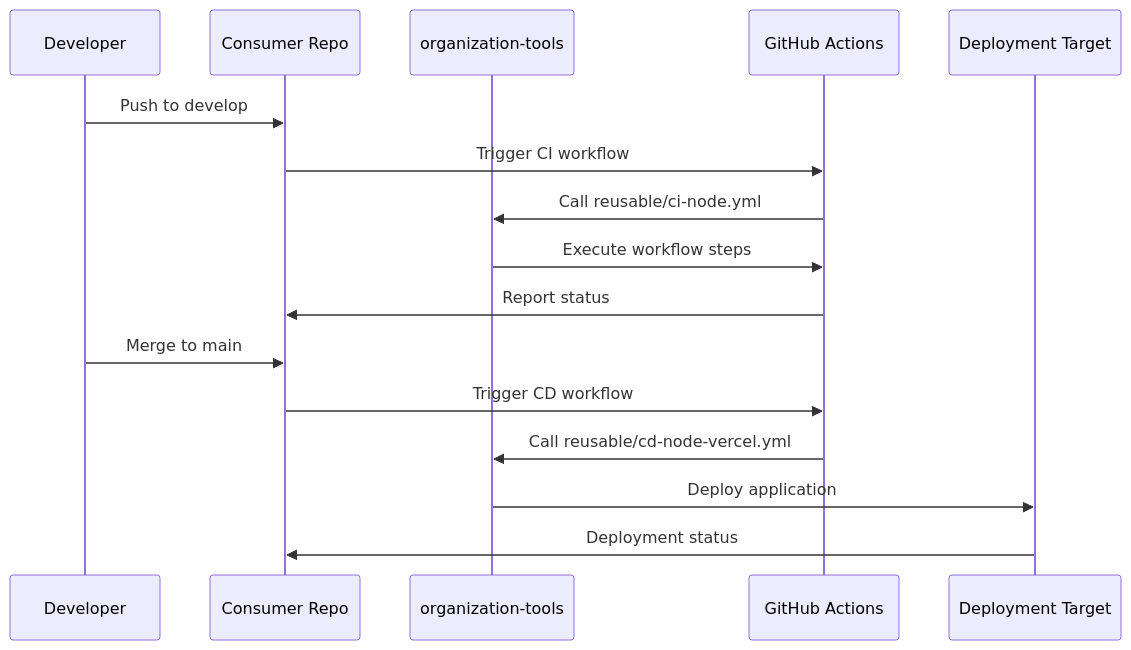
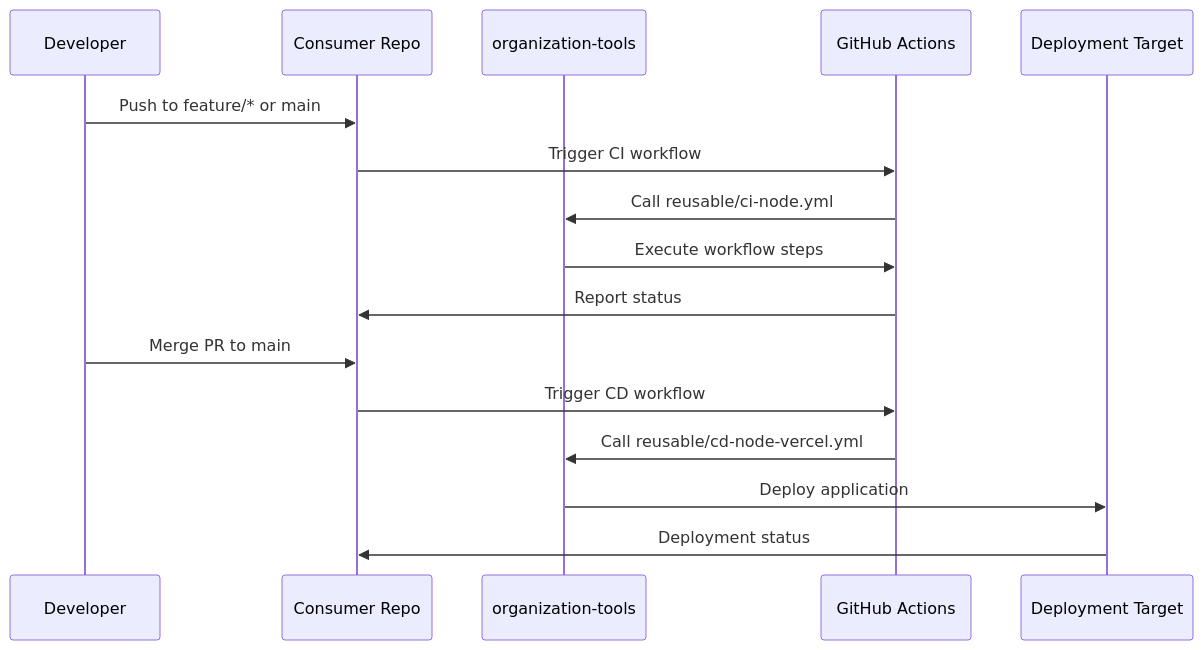
The second of 3 diagrams in docs/ARCHITECTURE.md (ArkeonProject/organization-tools), drawn with Mermaid before and after one commit. The commit also changed other lines of this file and 15 other files, not shown here.

````diff
--- a/docs/ARCHITECTURE.md
+++ b/docs/ARCHITECTURE.md
@@ -163,20 +163,20 @@
 ```mermaid
 sequenceDiagram
     participant Dev as Developer
     participant Repo as Consumer Repo
     participant OrgTools as organization-tools
     participant GHA as GitHub Actions
     participant Deploy as Deployment Target
     
-    Dev->>Repo: Push to develop
+    Dev->>Repo: Push to feature/* or main
     Repo->>GHA: Trigger CI workflow
     GHA->>OrgTools: Call reusable/ci-node.yml
     OrgTools->>GHA: Execute workflow steps
     GHA->>Repo: Report status
     
-    Dev->>Repo: Merge to main
+    Dev->>Repo: Merge PR to main
     Repo->>GHA: Trigger CD workflow
     GHA->>OrgTools: Call reusable/cd-node-vercel.yml
     OrgTools->>Deploy: Deploy application
     Deploy->>Repo: Deployment status
 ```
````
